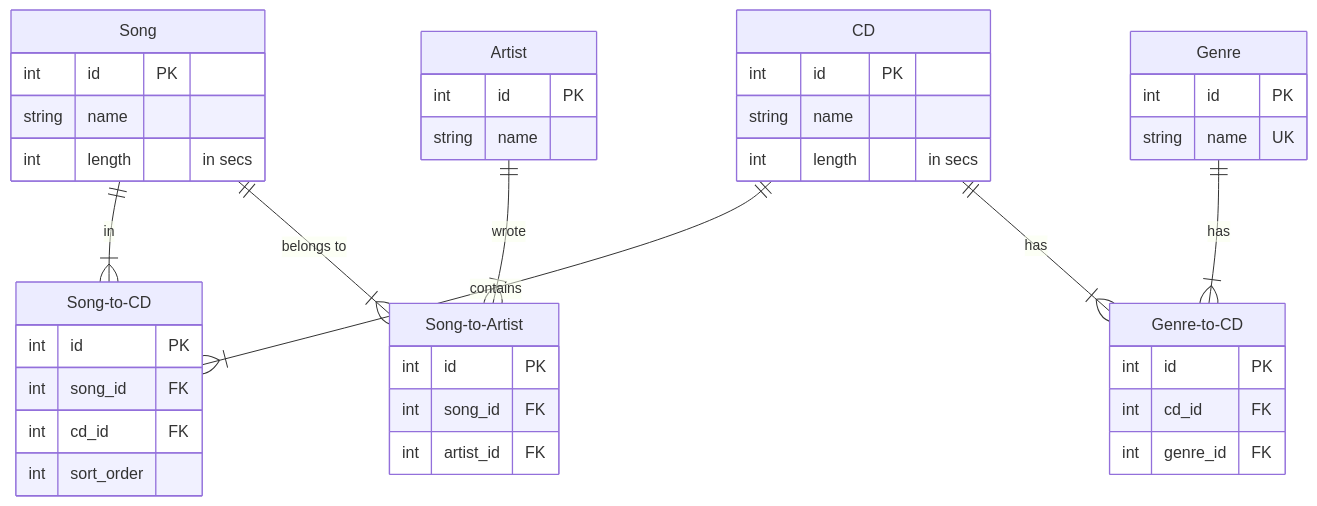
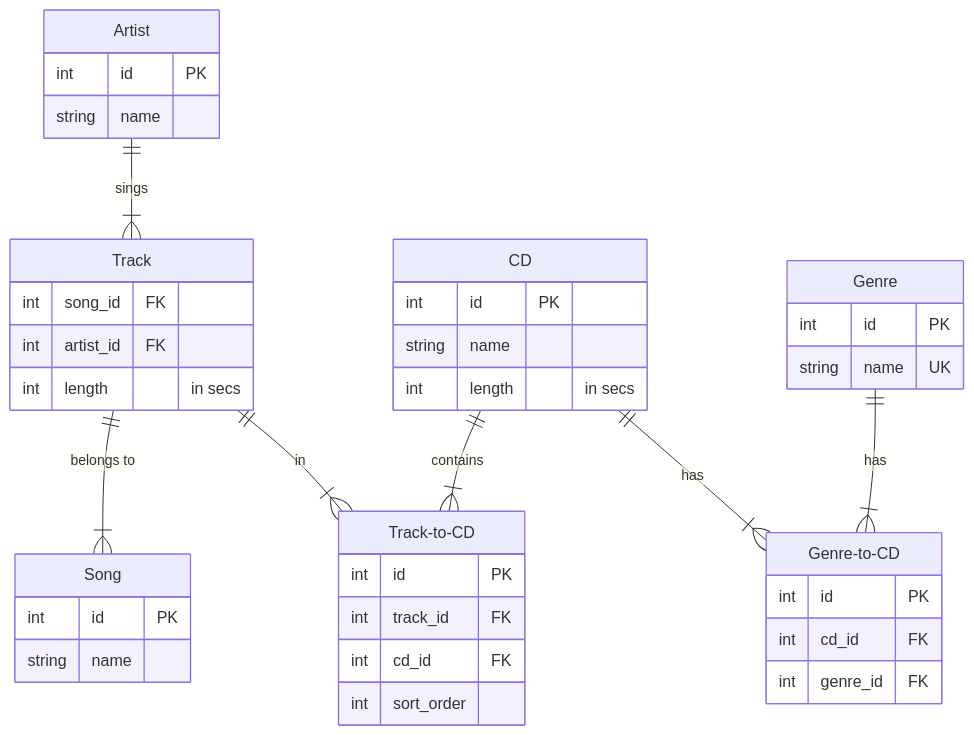
Before and after one commit to failpark/thws-datenbanken: the diagram in CD.md, drawn with Mermaid.

Commit message:
fix: track is combination of song and artist

````diff
--- a/CD.md
+++ b/CD.md
@@ -5,44 +5,43 @@
 ```mermaid
 erDiagram
 	Song {
 		int id PK
 		string name
-		int length "in secs"
 	}
 	%% Artist = Interpret
 	Artist {
 		int id PK
 		string name
+	}
+	Track {
+		int song_id FK
+		int artist_id FK
+		int length "in secs"
 	}
 	CD {
 		int id PK
 		string name
 		int length "in secs"
 	}
 	Genre {
 		int id PK
 		string name UK
 	}
-	Song-to-CD {
+	Track-to-CD {
 		int id PK
-		int song_id FK
+		int track_id FK
 		int cd_id FK
 		int sort_order
-	}
-	Song-to-Artist {
-		int id PK
-		int song_id FK
-		int artist_id FK 
 	}
 	Genre-to-CD {
 		int id PK
 		int cd_id FK
 		int genre_id FK
 	}
-	Song ||--|{ Song-to-CD :"in"
-	CD ||--|{ Song-to-CD :"contains"
-	Song ||--|{ Song-to-Artist :"belongs to"
-	Artist ||--|{ Song-to-Artist :"wrote"
+	Track ||--|{ Song :"belongs to"
+	Artist ||--|{ Track:"sings"
+	CD ||--|{ Track-to-CD :"contains"
+	Track ||--|{ Track-to-CD :"in"
 	Genre ||--|{ Genre-to-CD :"has"
 	CD ||--|{ Genre-to-CD :"has"
 ```
````
